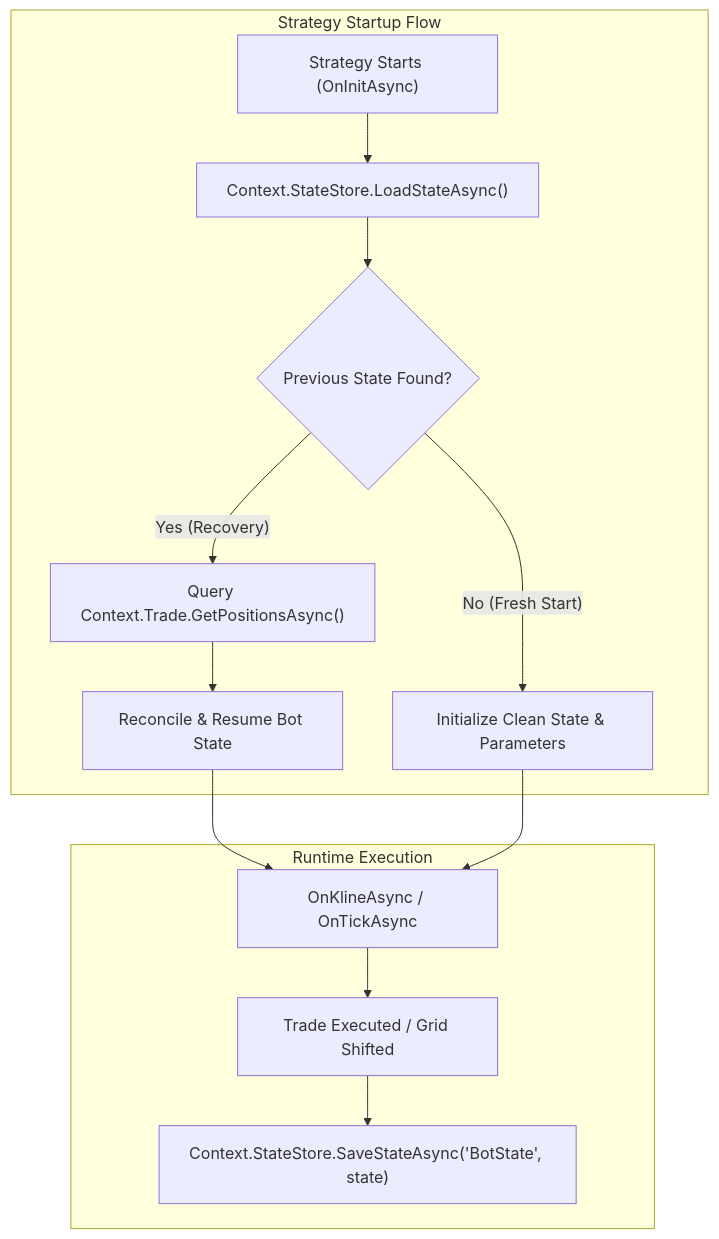
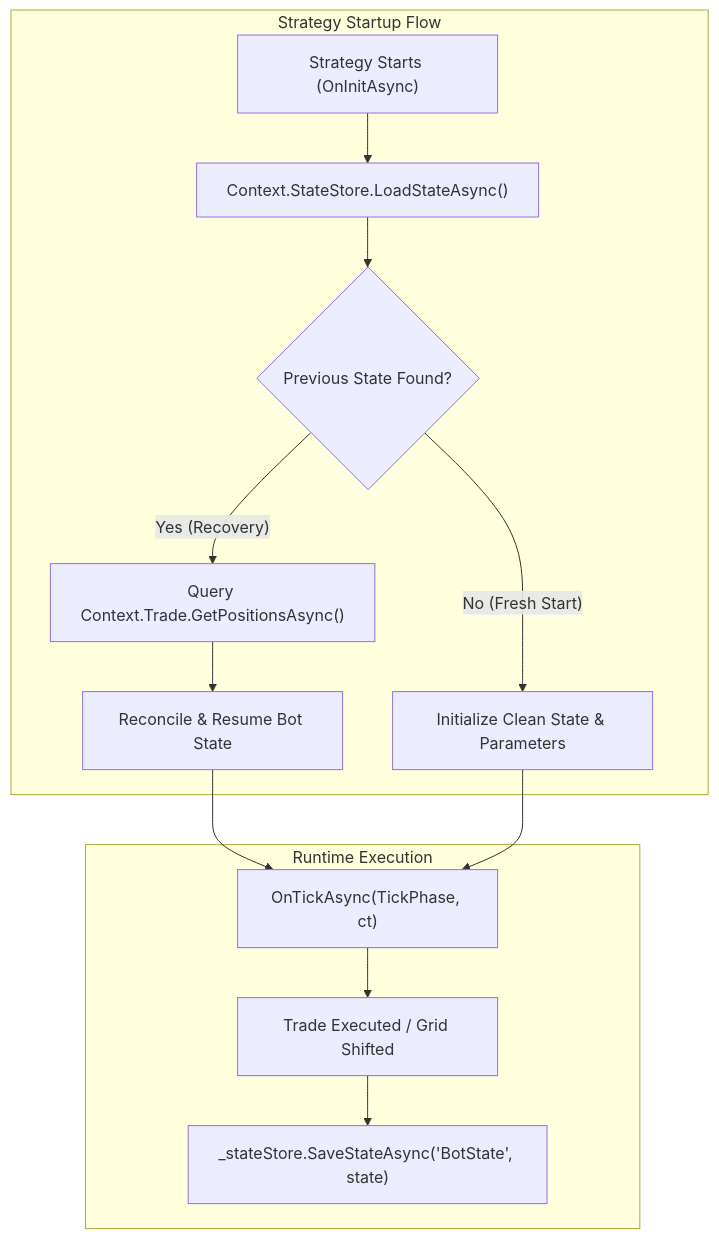
Before and after one commit to vntradesoft/PlatinumTrade.Docs: the diagram in docs/sdk/guides/state-persistence.md, drawn with Mermaid. The commit also changed other lines of this file and 4 other files, not shown here.

````diff
--- a/docs/sdk/guides/state-persistence.md
+++ b/docs/sdk/guides/state-persistence.md
@@ -19,19 +19,19 @@
 ```mermaid
 flowchart TD
     subgraph StrategyLifecycle["Strategy Startup Flow"]
         Start["Strategy Starts (OnInitAsync)"] --> LoadState["Context.StateStore.LoadStateAsync<MyBotState>()"]
         LoadState --> HasState{"Previous State Found?"}
         
         HasState -- Yes (Recovery) --> SyncExchange["Query Context.Trade.GetPositionsAsync()"]
         SyncExchange --> Reconcile["Reconcile & Resume Bot State"]
         
         HasState -- No (Fresh Start) --> InitFresh["Initialize Clean State & Parameters"]
     end
 
     subgraph RuntimeExecution["Runtime Execution"]
-        Reconcile --> RuntimeLoop["OnKlineAsync / OnTickAsync"]
+        Reconcile --> RuntimeLoop["OnTickAsync(TickPhase, ct)"]
         InitFresh --> RuntimeLoop
         RuntimeLoop --> StateChange["Trade Executed / Grid Shifted"]
-        StateChange --> SaveState["Context.StateStore.SaveStateAsync('BotState', state)"]
+        StateChange --> SaveState["_stateStore.SaveStateAsync('BotState', state)"]
     end
 ```
````
